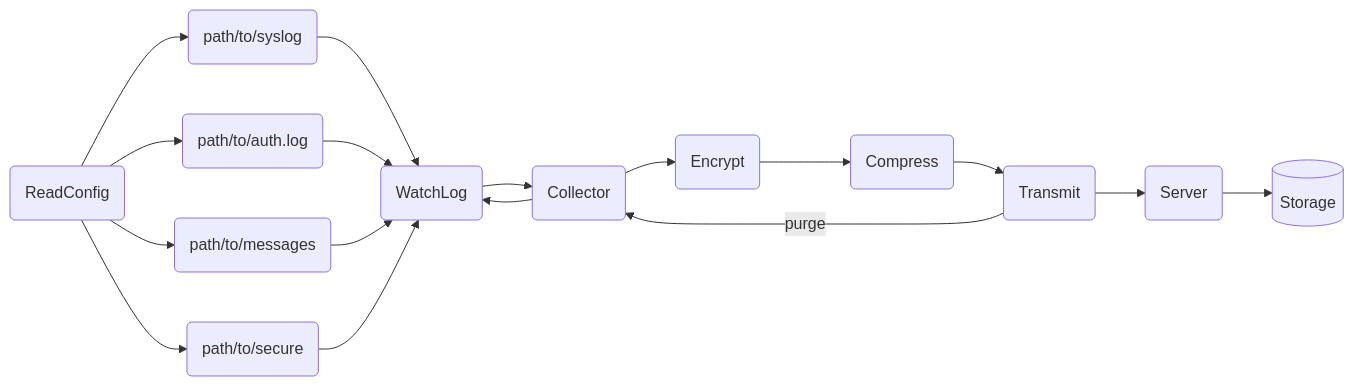
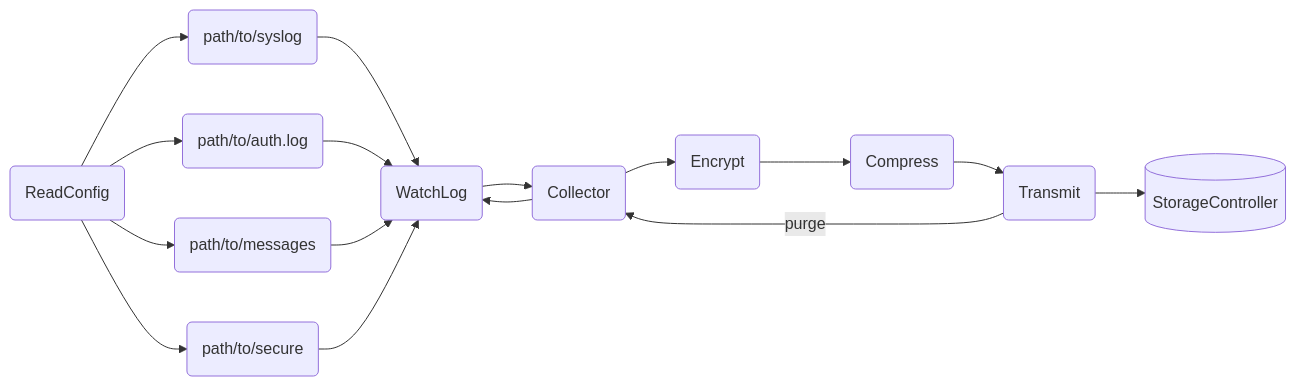
Before and after one commit to endepointe/watchlog: the first of 2 diagrams in docs/README.md, drawn with Mermaid. The commit also changed other lines of this file and 1 other file, not shown here.

````diff
--- a/docs/README.md
+++ b/docs/README.md
@@ -109,19 +109,18 @@
 ```mermaid
 graph LR 
 A(ReadConfig) --> L1(path/to/syslog)
 A --> L2(path/to/auth.log)
 A --> L3(path/to/messages)
 A --> L4(path/to/secure)
 L1 --> W(WatchLog)
 L2 --> W
 L3 --> W
 L4 --> W
 W --> Col(Collector)
 Col --> W
 Col --> Enc(Encrypt)
 Enc --> Cmpr(Compress)
 Cmpr --> Tx(Transmit)
 Tx --> |purge| Col 
-Tx --> Srv(Server)
-Srv --> S[(Storage)]
+Tx --> S[(StorageController)]
 ``` 
````
